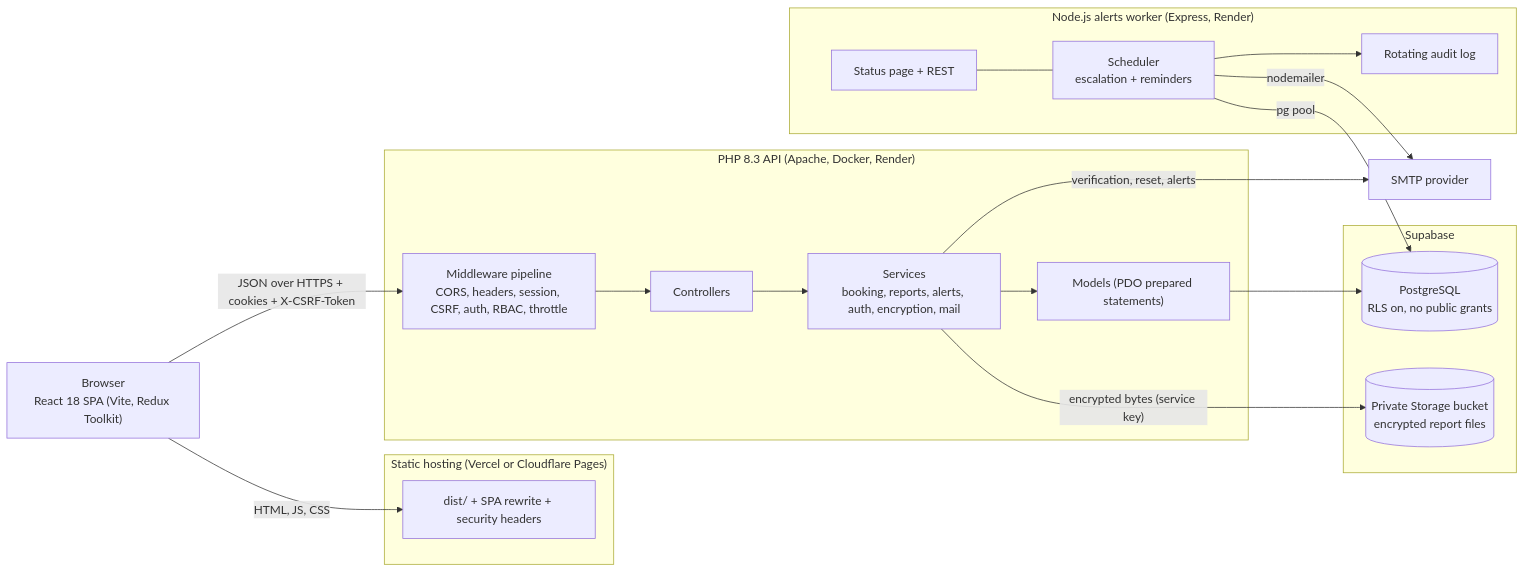
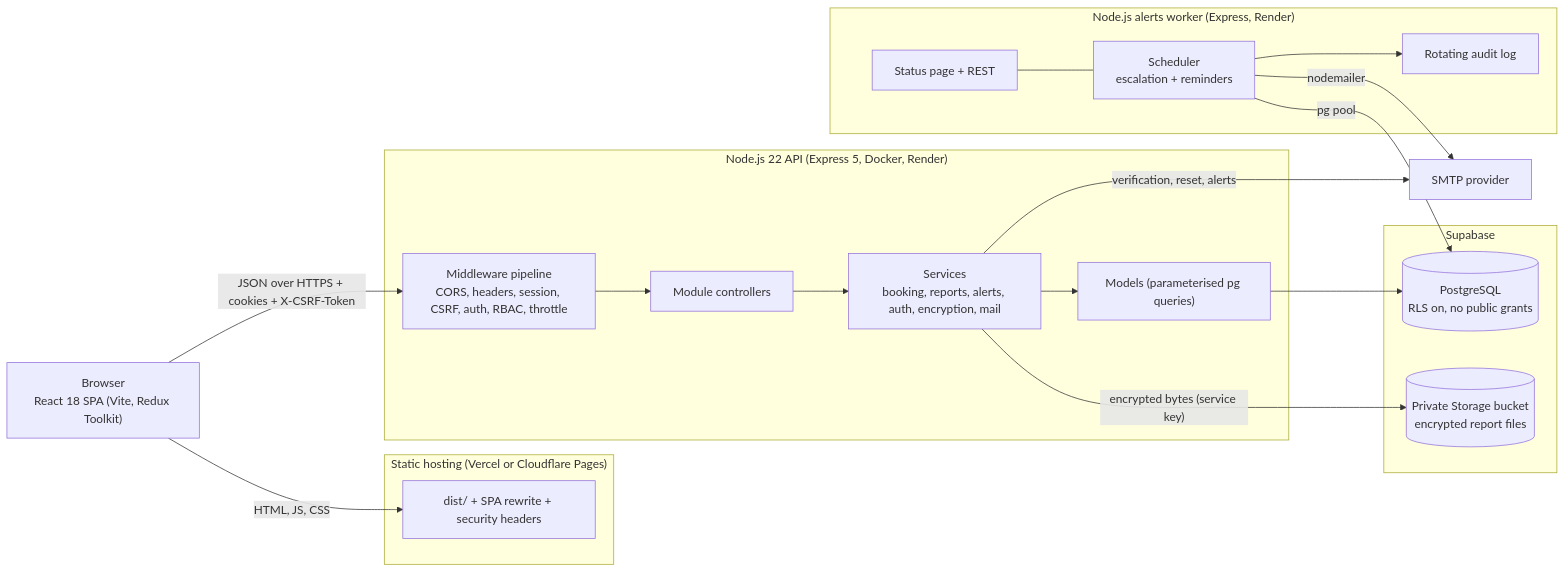
Before and after one commit to OMEExZORO/wt_cp: the first of 4 diagrams in docs/ARCHITECTURE.md, drawn with Mermaid. The commit also changed other lines of this file and 24 other files, not shown here.

Commit message:
docs: describe the Node API as production, tidy documentation and remove hardcoded dev passwords

````diff
--- a/docs/ARCHITECTURE.md
+++ b/docs/ARCHITECTURE.md
@@ -7,34 +7,34 @@
 ```mermaid
 flowchart LR
     Browser["Browser<br/>React 18 SPA (Vite, Redux Toolkit)"]
     subgraph Static["Static hosting (Vercel or Cloudflare Pages)"]
         Spa["dist/ + SPA rewrite + security headers"]
     end
-    subgraph Api["PHP 8.3 API (Apache, Docker, Render)"]
+    subgraph Api["Node.js 22 API (Express 5, Docker, Render)"]
         Mw["Middleware pipeline<br/>CORS, headers, session, CSRF, auth, RBAC, throttle"]
-        Ctl["Controllers"]
+        Ctl["Module controllers"]
         Svc["Services<br/>booking, reports, alerts, auth, encryption, mail"]
-        Mdl["Models (PDO prepared statements)"]
+        Mdl["Models (parameterised pg queries)"]
         Mw --> Ctl --> Svc --> Mdl
     end
     subgraph Worker["Node.js alerts worker (Express, Render)"]
         Sched["Scheduler<br/>escalation + reminders"]
         Status["Status page + REST"]
         Log["Rotating audit log"]
     end
     subgraph Supabase["Supabase"]
         Pg[("PostgreSQL<br/>RLS on, no public grants")]
         Store[("Private Storage bucket<br/>encrypted report files")]
     end
     Smtp["SMTP provider"]
 
     Browser -->|"HTML, JS, CSS"| Spa
     Browser -->|"JSON over HTTPS + cookies + X-CSRF-Token"| Mw
     Mdl --> Pg
     Svc -->|"encrypted bytes (service key)"| Store
     Svc -->|"verification, reset, alerts"| Smtp
     Sched -->|"pg pool"| Pg
     Sched -->|"nodemailer"| Smtp
     Sched --> Log
     Status --- Sched
 ```
````
